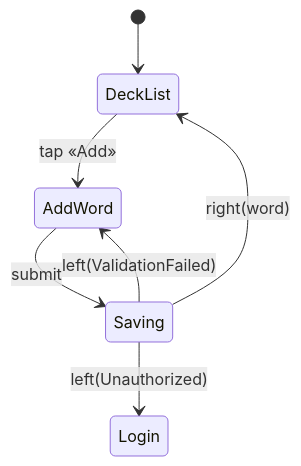
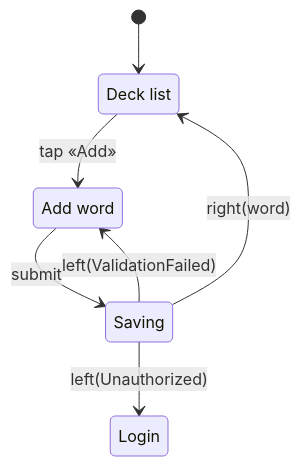
Before and after one commit to Govorin/gsd-core: the third of 3 diagrams in gsd-core/templates/DESIGN.md, drawn with Mermaid. The commit also changed 16 other files, not shown here.

First line of the commit message:
test(mermaid): real-parser conformance suite in tools/mermaid-check

````diff
--- a/gsd-core/templates/DESIGN.md
+++ b/gsd-core/templates/DESIGN.md
@@ -177,13 +177,13 @@
 ```mermaid
 stateDiagram-v2
-  state DeckList
-  state AddWord
-  state Saving
-  state Login
+  state "Deck list" as DeckList
+  state "Add word" as AddWord
+  state "Saving" as Saving
+  state "Login" as Login
   [*] --> DeckList
   DeckList --> AddWord: tap «Add»
   AddWord --> Saving: submit
   Saving --> DeckList: right(word)
   Saving --> AddWord: left(ValidationFailed)
   Saving --> Login: left(Unauthorized)
 ```
````
